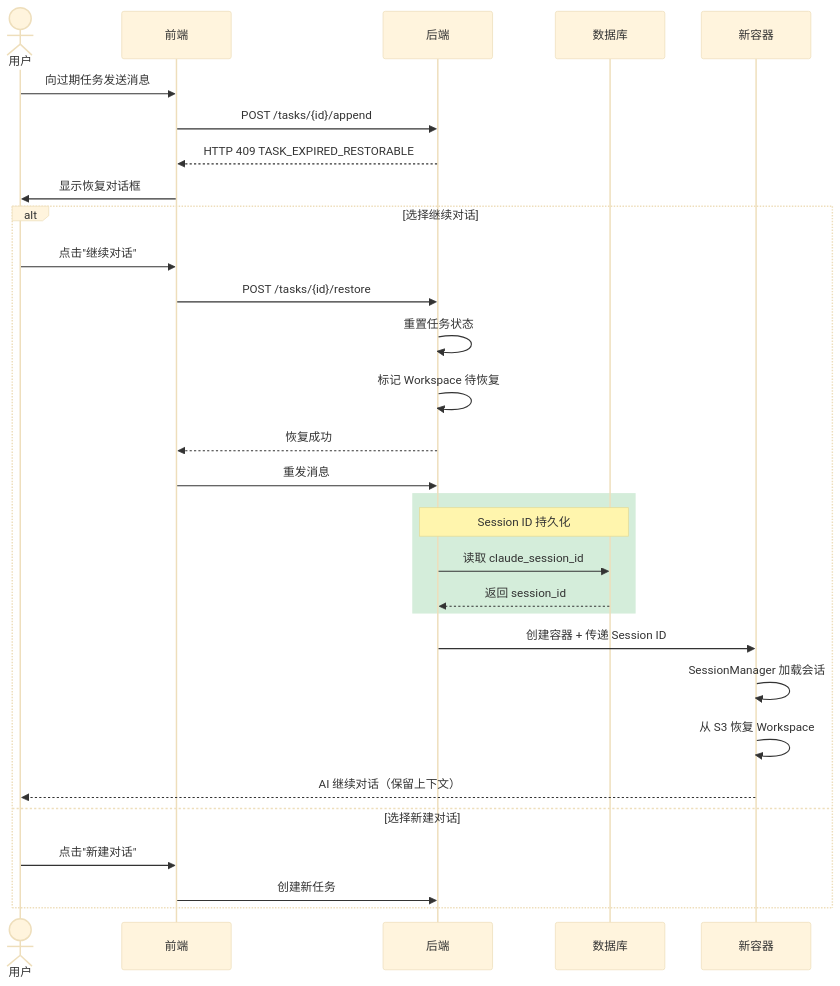
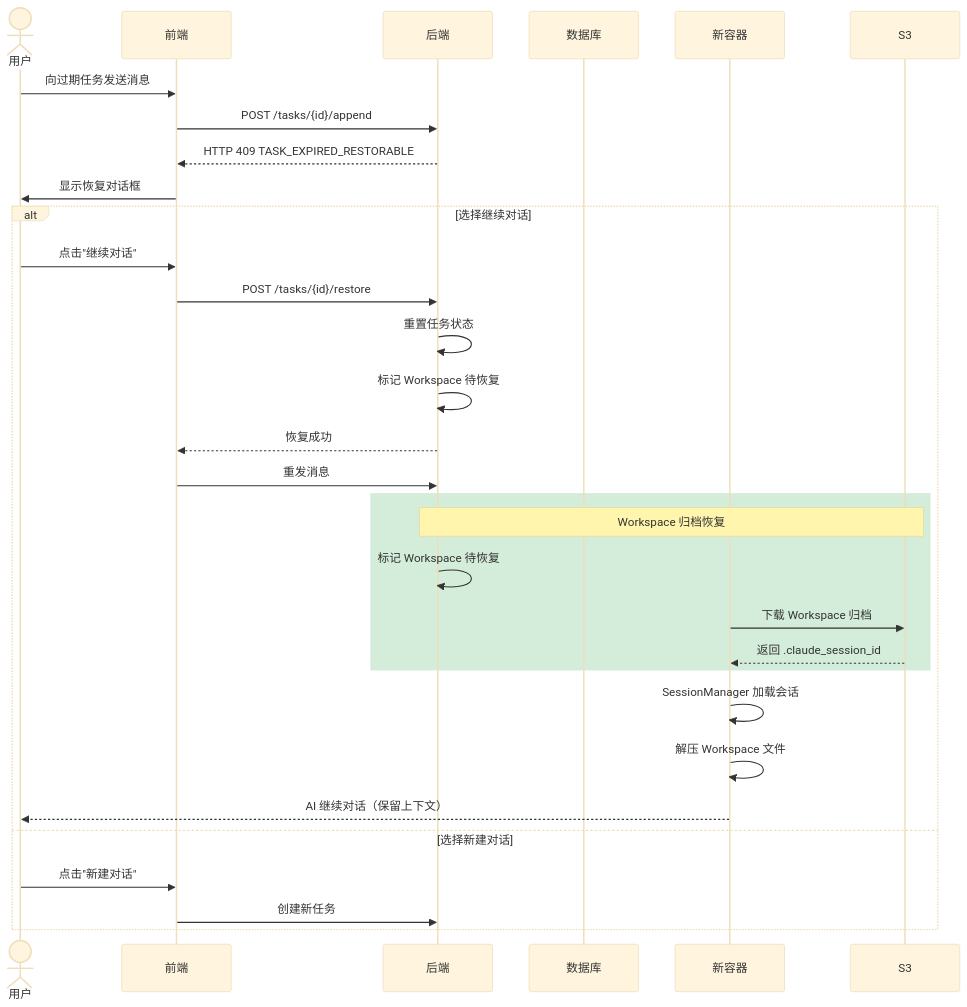
One commit to wecode-ai/Wegent changed the second of 8 diagrams in docs/zh/features/task-restore.md. Above: the diagram before and after it, drawn with Mermaid (base theme). The commit also changed other lines of this file and 7 other files, not shown here.

First line of the commit message:
refactor(backend,executor): remove database session ID persistence, use workspace archive only

````diff
--- a/docs/zh/features/task-restore.md
+++ b/docs/zh/features/task-restore.md
@@ -44,34 +44,34 @@
 ```mermaid
 sequenceDiagram
     actor 用户
     participant 前端
     participant 后端
     participant 数据库
     participant 新容器
 
     用户->>前端: 向过期任务发送消息
     前端->>后端: POST /tasks/{id}/append
     后端-->>前端: HTTP 409 TASK_EXPIRED_RESTORABLE
     前端->>用户: 显示恢复对话框
 
     alt 选择继续对话
         用户->>前端: 点击"继续对话"
         前端->>后端: POST /tasks/{id}/restore
         后端->>后端: 重置任务状态
         后端->>后端: 标记 Workspace 待恢复
         后端-->>前端: 恢复成功
         前端->>后端: 重发消息
         rect rgb(212, 237, 218)
-            Note over 后端,数据库: Session ID 持久化
-            后端->>数据库: 读取 claude_session_id
-            数据库-->>后端: 返回 session_id
+            Note over 后端,S3: Workspace 归档恢复
+            后端->>后端: 标记 Workspace 待恢复
+            新容器->>S3: 下载 Workspace 归档
+            S3-->>新容器: 返回 .claude_session_id
         end
-        后端->>新容器: 创建容器 + 传递 Session ID
         新容器->>新容器: SessionManager 加载会话
-        新容器->>新容器: 从 S3 恢复 Workspace
+        新容器->>新容器: 解压 Workspace 文件
         新容器-->>用户: AI 继续对话（保留上下文）
     else 选择新建对话
         用户->>前端: 点击"新建对话"
         前端->>后端: 创建新任务
     end
 ```
````
